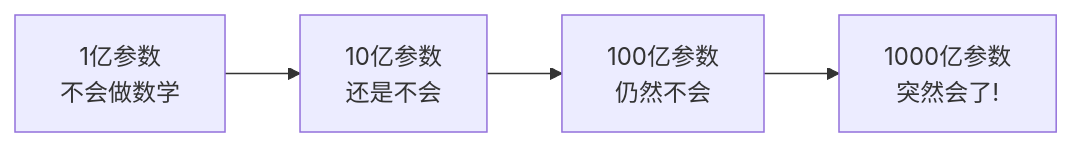
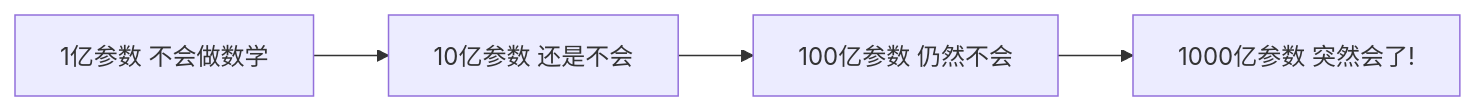
Before and after one commit to fuzhengwei/CodeGuide: diagram 24 of 32 in docs/md/ai/ai-llm.md, drawn with Mermaid. The commit also changed other lines of this file, not shown here.

````diff
--- a/docs/md/ai/ai-llm.md
+++ b/docs/md/ai/ai-llm.md
@@ -882,6 +882,6 @@
 ```mermaid
 graph LR
-    A["1亿参数<br/>不会做数学"] --> B["10亿参数<br/>还是不会"]
-    B --> C["100亿参数<br/>仍然不会"]
-    C --> D["1000亿参数<br/>突然会了!"]
+    A["1亿参数 不会做数学"] --> B["10亿参数 还是不会"]
+    B --> C["100亿参数 仍然不会"]
+    C --> D["1000亿参数 突然会了!"]
 ```
````
